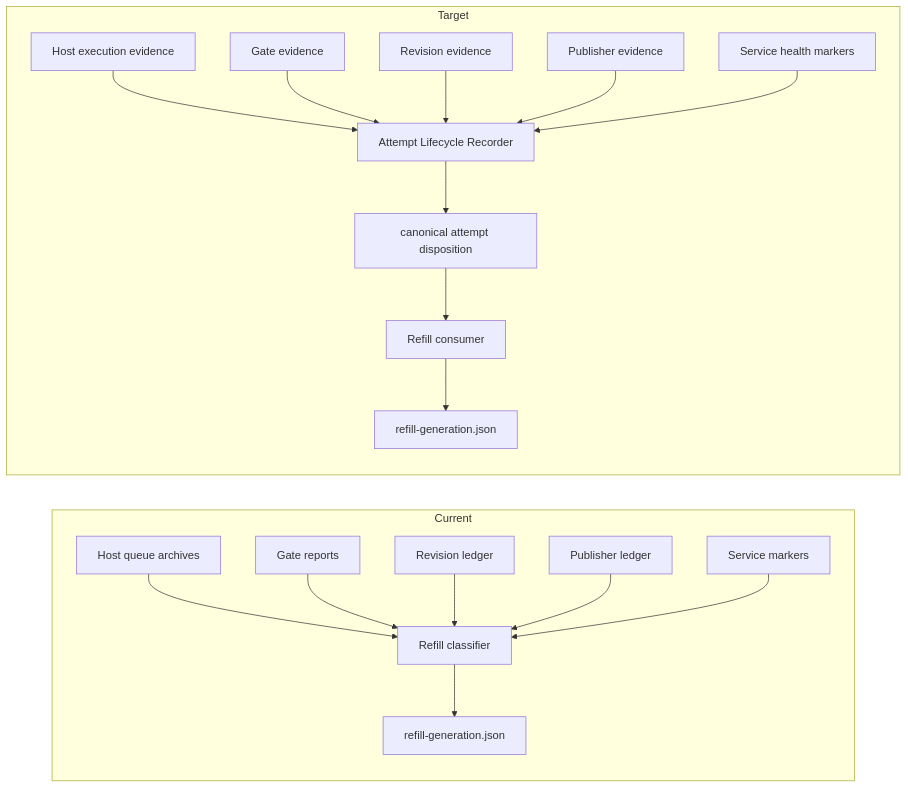
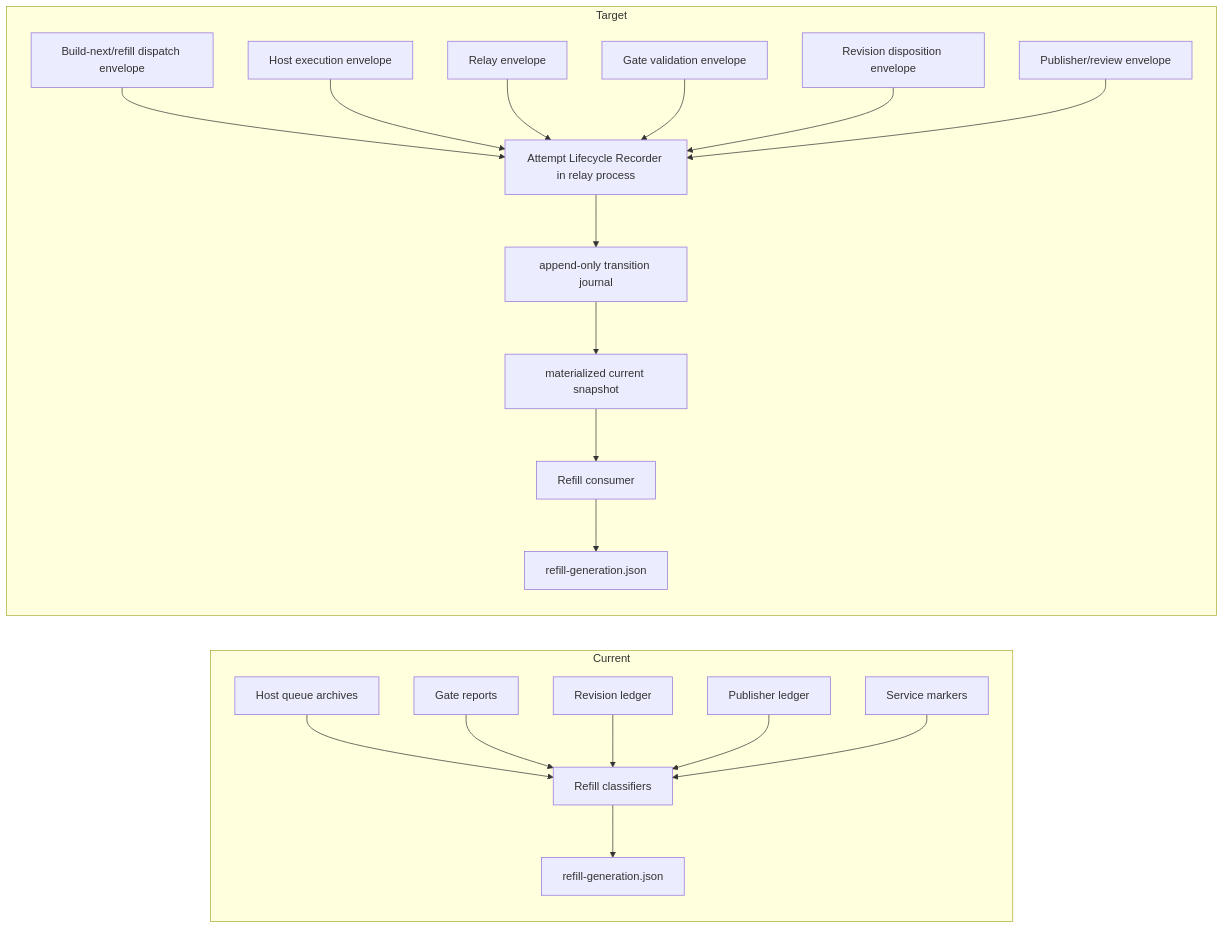
One commit to DanielTabakman/msos-autobuilder changed the diagram in docs/CANONICAL_REFILL_ATTEMPT_DISPOSITION_V1.md. Above: the diagram before and after it, drawn with Mermaid. The commit also changed other lines of this file, not shown here.

Commit message:
Revise canonical disposition architecture

````diff
--- a/docs/CANONICAL_REFILL_ATTEMPT_DISPOSITION_V1.md
+++ b/docs/CANONICAL_REFILL_ATTEMPT_DISPOSITION_V1.md
@@ -59,22 +96,24 @@
 ```mermaid
 flowchart LR
   subgraph Current
-    H["Host queue archives"] --> R1["Refill classifier"]
+    H["Host queue archives"] --> R1["Refill classifiers"]
     G["Gate reports"] --> R1
     V["Revision ledger"] --> R1
     P["Publisher ledger"] --> R1
     E["Service markers"] --> R1
     R1 --> RG["refill-generation.json"]
   end
 
   subgraph Target
-    H2["Host execution evidence"] --> L["Attempt Lifecycle Recorder"]
-    G2["Gate evidence"] --> L
-    V2["Revision evidence"] --> L
-    P2["Publisher evidence"] --> L
-    E2["Service health markers"] --> L
-    L --> D["canonical attempt disposition"]
-    D --> R2["Refill consumer"]
+    BD["Build-next/refill dispatch envelope"] --> L["Attempt Lifecycle Recorder in relay process"]
+    H2["Host execution envelope"] --> L
+    RR["Relay envelope"] --> L
+    G2["Gate validation envelope"] --> L
+    V2["Revision disposition envelope"] --> L
+    P2["Publisher/review envelope"] --> L
+    L --> J["append-only transition journal"]
+    J --> S["materialized current snapshot"]
+    S --> R2["Refill consumer"]
     R2 --> RG2["refill-generation.json"]
   end
 ```
````
